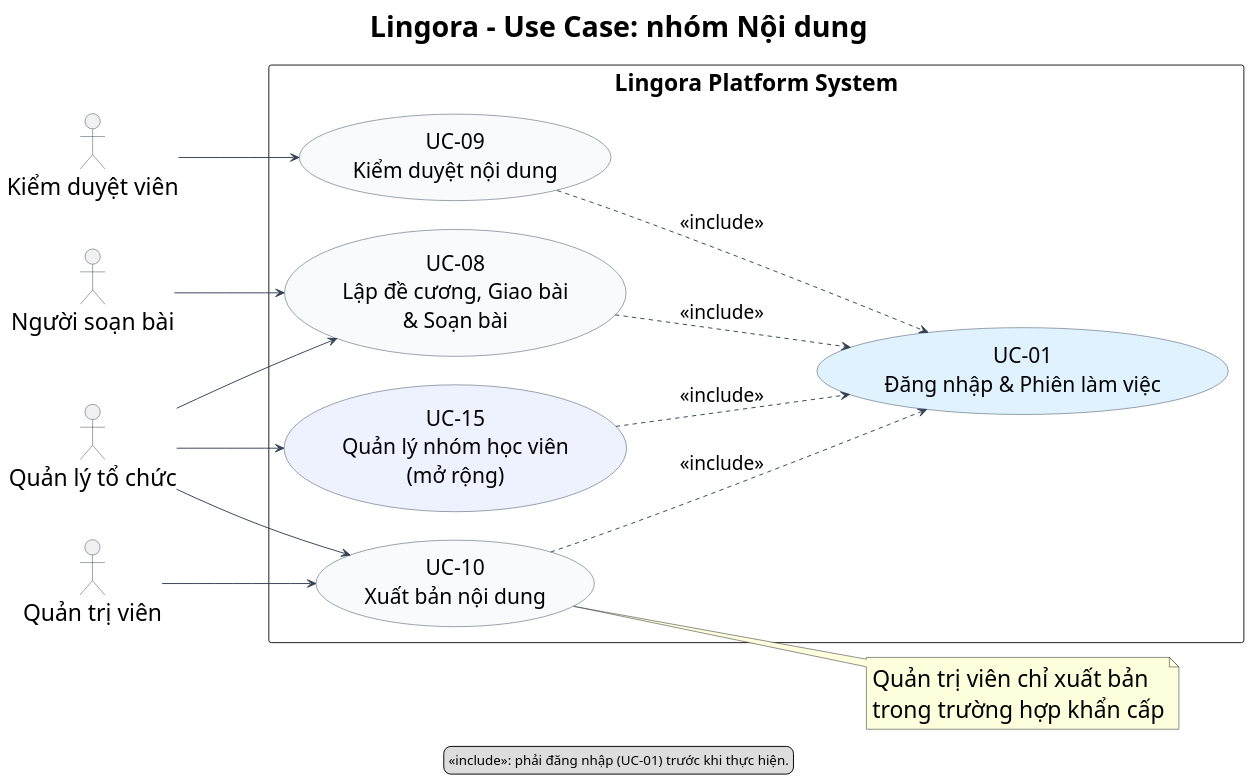
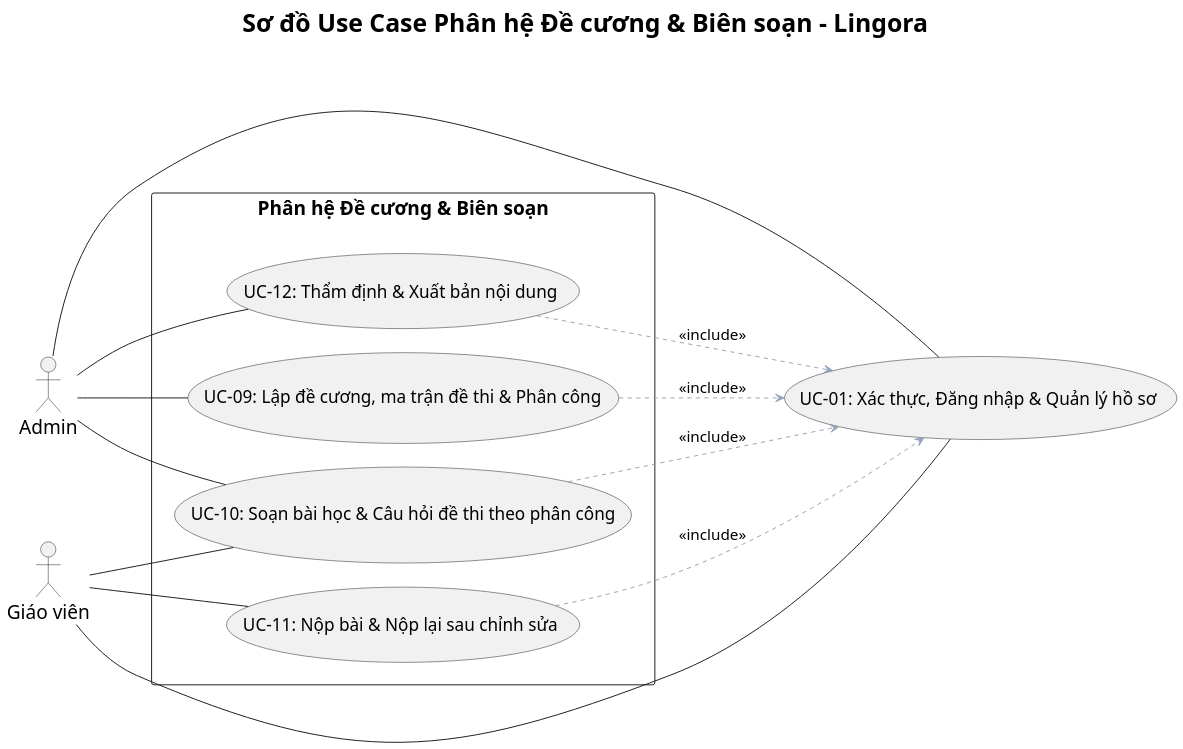
The diagram in docs/diagrams/lingora-modeling/src/03-usecase-noi-dung.puml (PhamNguyenThanhTung/lingora-workspace), drawn with PlantUML before and after one commit. The commit also changed 17 other files, not shown here.

Commit message:
docs(diagrams): remove obsolete actors and sync all usecase diagrams with 14 UC baseline

```diff
--- a/docs/diagrams/lingora-modeling/src/03-usecase-noi-dung.puml
+++ b/docs/diagrams/lingora-modeling/src/03-usecase-noi-dung.puml
@@ -1,50 +1,52 @@
-@startuml 03-usecase-noi-dung
-title Lingora - Use Case: nhóm Nội dung
-left to right direction
+@startuml
 skinparam dpi 150
 skinparam defaultFontName Arial
-skinparam defaultFontSize 24
-skinparam titleFontSize 30
-skinparam ArrowFontSize 20
-skinparam ActorFontSize 24
-skinparam UsecaseFontSize 22
+skinparam defaultFontSize 20
+skinparam titleFontSize 26
+skinparam ArrowFontSize 16
+skinparam UsecaseFontSize 18
+skinparam ActorFontSize 20
 skinparam shadowing false
-skinparam nodesep 30
-skinparam ranksep 110
-skinparam ArrowColor #334155
-skinparam ActorBorderColor #334155
-skinparam UsecaseBorderColor #334155
-skinparam UsecaseBackgroundColor #F8FAFC
+skinparam nodesep 25
+skinparam ranksep 80
 
-actor "Người soạn bài" as Creator
-actor "Quản lý tổ chức" as OrgMgr
-actor "Kiểm duyệt viên" as Mod
-actor "Quản trị viên" as Admin
+left to right direction
+title Sơ đồ Use Case Phân hệ Đề cương & Biên soạn - Lingora
 
-rectangle "Lingora Platform System" {
-  usecase "UC-01\nĐăng nhập & Phiên làm việc" as UC01 #E0F2FE
-  usecase "UC-08\nLập đề cương, Giao bài\n& Soạn bài" as UC08
-  usecase "UC-09\nKiểm duyệt nội dung" as UC09
-  usecase "UC-10\nXuất bản nội dung" as UC10
-  usecase "UC-15\nQuản lý nhóm học viên\n(mở rộng)" as UC15 #EEF2FF
+actor "Admin" as Admin
+actor "Giáo viên" as Teacher
+
+Admin -[hidden]right-> Teacher
+
+rectangle "Phân hệ Đề cương & Biên soạn" as P_Content {
+    usecase "UC-09: Lập đề cương, ma trận đề thi & Phân công" as UC_09
+    usecase "UC-10: Soạn bài học & Câu hỏi đề thi theo phân công" as UC_10
+    usecase "UC-11: Nộp bài & Nộp lại sau chỉnh sửa" as UC_11
+    usecase "UC-12: Thẩm định & Xuất bản nội dung" as UC_12
+    
+    UC_09 -[hidden]right-> UC_10
+    UC_10 -[hidden]right-> UC_11
+    UC_11 -[hidden]right-> UC_12
 }
 
-Creator --> UC08
-OrgMgr --> UC08
-Mod --> UC09
-OrgMgr --> UC10
-Admin --> UC10
-OrgMgr --> UC15
-UC08 ..> UC01 : <<include>>
-UC09 ..> UC01 : <<include>>
-UC10 ..> UC01 : <<include>>
-UC15 ..> UC01 : <<include>>
-note right of UC10
-  Quản trị viên chỉ xuất bản
-  trong trường hợp khẩn cấp
-end note
+usecase "UC-01: Xác thực, Đăng nhập & Quản lý hồ sơ" as UC_01
 
-legend bottom
-  <<include>>: phải đăng nhập (UC-01) trước khi thực hiện.
-end legend
+P_Content -[hidden]down-> UC_01
+
+' Liên kết Actor với Use Case (đường nét liền, KHÔNG mũi tên)
+Admin -- UC_01
+Admin -- UC_09
+Admin -- UC_10
+Admin -- UC_12
+
+Teacher -- UC_01
+Teacher -- UC_10
+Teacher -- UC_11
+
+' Quan hệ Include
+UC_09 .[#94A3B8].> UC_01 : <<include>>
+UC_10 .[#94A3B8].> UC_01 : <<include>>
+UC_11 .[#94A3B8].> UC_01 : <<include>>
+UC_12 .[#94A3B8].> UC_01 : <<include>>
+
 @enduml
```
